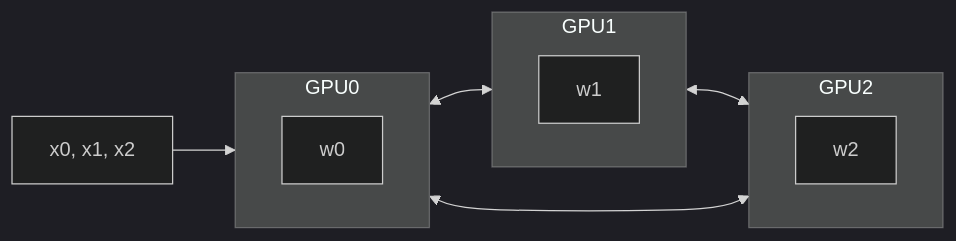
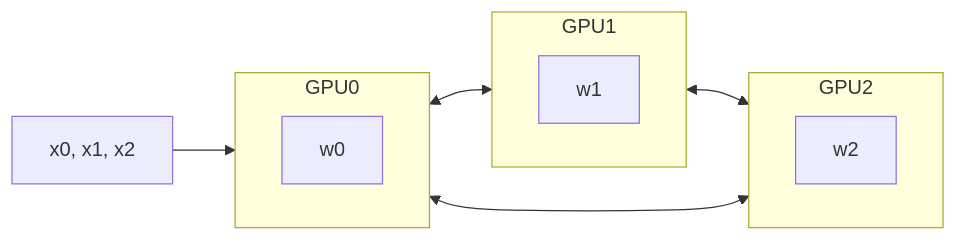
One commit to saforem2/lqcd-pasc23 changed the third of 3 diagrams in index.qmd. Above: the diagram before and after it, drawn with Mermaid. The commit also changed other lines of this file and 11 other files, not shown here.

````diff
--- a/index.qmd
+++ b/index.qmd
@@ -637,19 +635,25 @@
 ```{mermaid}
-%%{init: { "theme": "dark", "fontFamily": "monospace", "logLevel": "debug", "deterministicIds": true, "flowchart": { "htmlLabels": true}, "sequence": { "mirrorActors": true } } }%%
+%%| theme: dark
+%%| fontFamily: monospace
+%%| determinsticIds: true
+%%| flowchart:
+%%|   htmlLabels: true
+%%| sequence:
+%%|   mirrorActors: true
 flowchart LR
   subgraph X0["GPU0"]
     direction LR
     a["w0"]
   end
   subgraph X1["GPU1"]
     direction LR
     b["w1"]
   end
   subgraph X2["GPU2"]
     direction LR
     c["w2"]
   end
   X1 & X0 <--> X2
   X0 <--> X1
   x["x0, x1, x2"] --> X0
 ```
````
